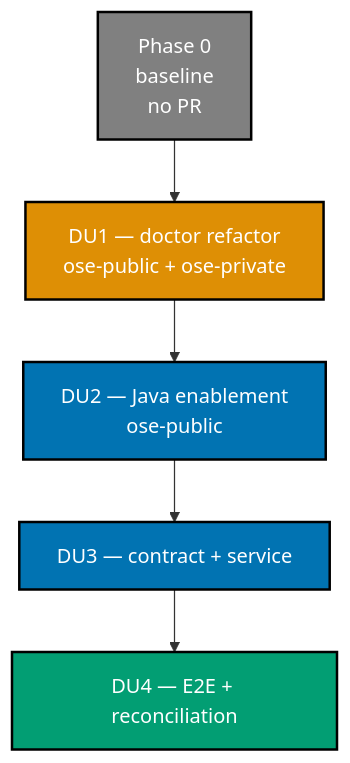
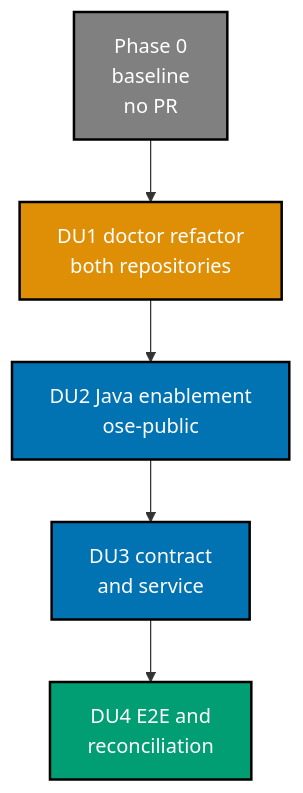
Before and after one commit to wahidyankf/open-sharia-fintech: the fifth of 5 diagrams in plans/in-progress/lms-init/tech-docs.md, drawn with Mermaid. The commit also changed other lines of this file and 2 other files, not shown here.

````diff
--- a/plans/in-progress/lms-init/tech-docs.md
+++ b/plans/in-progress/lms-init/tech-docs.md
@@ -157,16 +162,16 @@
 ```mermaid
 %% Color palette: Blue #0173B2, Orange #DE8F05, Teal #029E73, Gray #808080
 graph TD
     P0["Phase 0<br/>baseline<br/>no PR"]:::gray
-    DU1["DU1 — doctor refactor<br/>ose-public + ose-private"]:::orange
-    DU2["DU2 — Java enablement<br/>ose-public"]:::blue
-    DU3["DU3 — contract + service"]:::blue
-    DU4["DU4 — E2E + reconciliation"]:::teal
+    DU1["DU1 doctor refactor<br/>both repositories"]:::orange
+    DU2["DU2 Java enablement<br/>ose-public"]:::blue
+    DU3["DU3 contract<br/>and service"]:::blue
+    DU4["DU4 E2E and<br/>reconciliation"]:::teal
 
     P0 --> DU1 --> DU2 --> DU3 --> DU4
 
     classDef blue fill:#0173B2,stroke:#000000,color:#FFFFFF,stroke-width:2px
     classDef orange fill:#DE8F05,stroke:#000000,color:#FFFFFF,stroke-width:2px
     classDef teal fill:#029E73,stroke:#000000,color:#FFFFFF,stroke-width:2px
     classDef gray fill:#808080,stroke:#000000,color:#FFFFFF,stroke-width:2px
 ```
````
